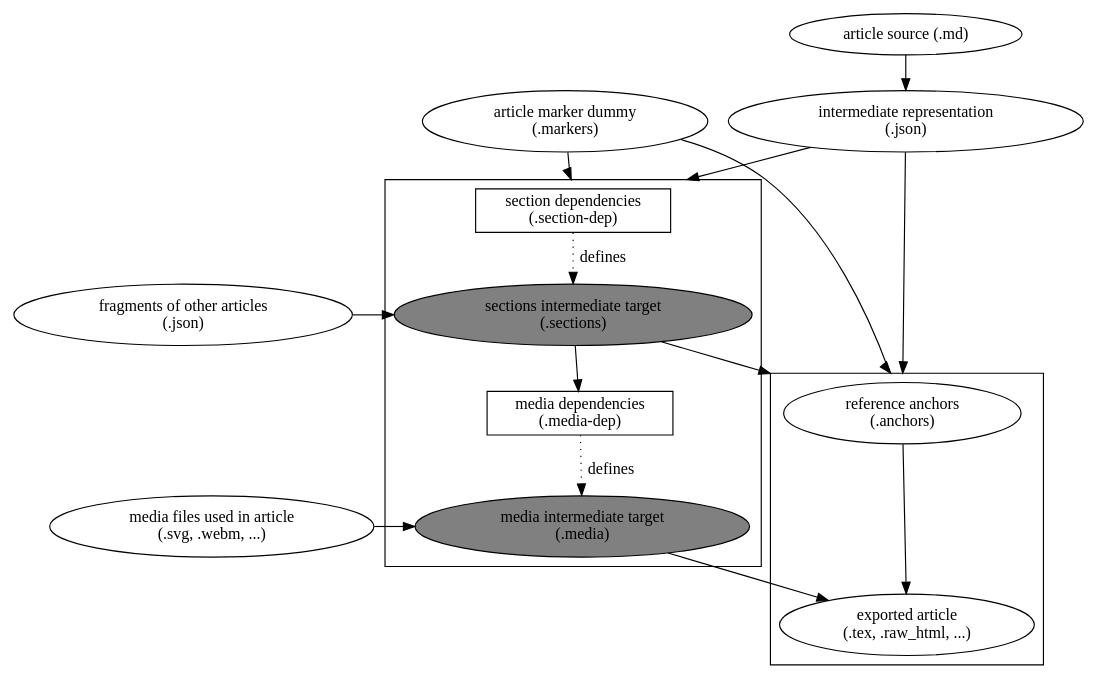
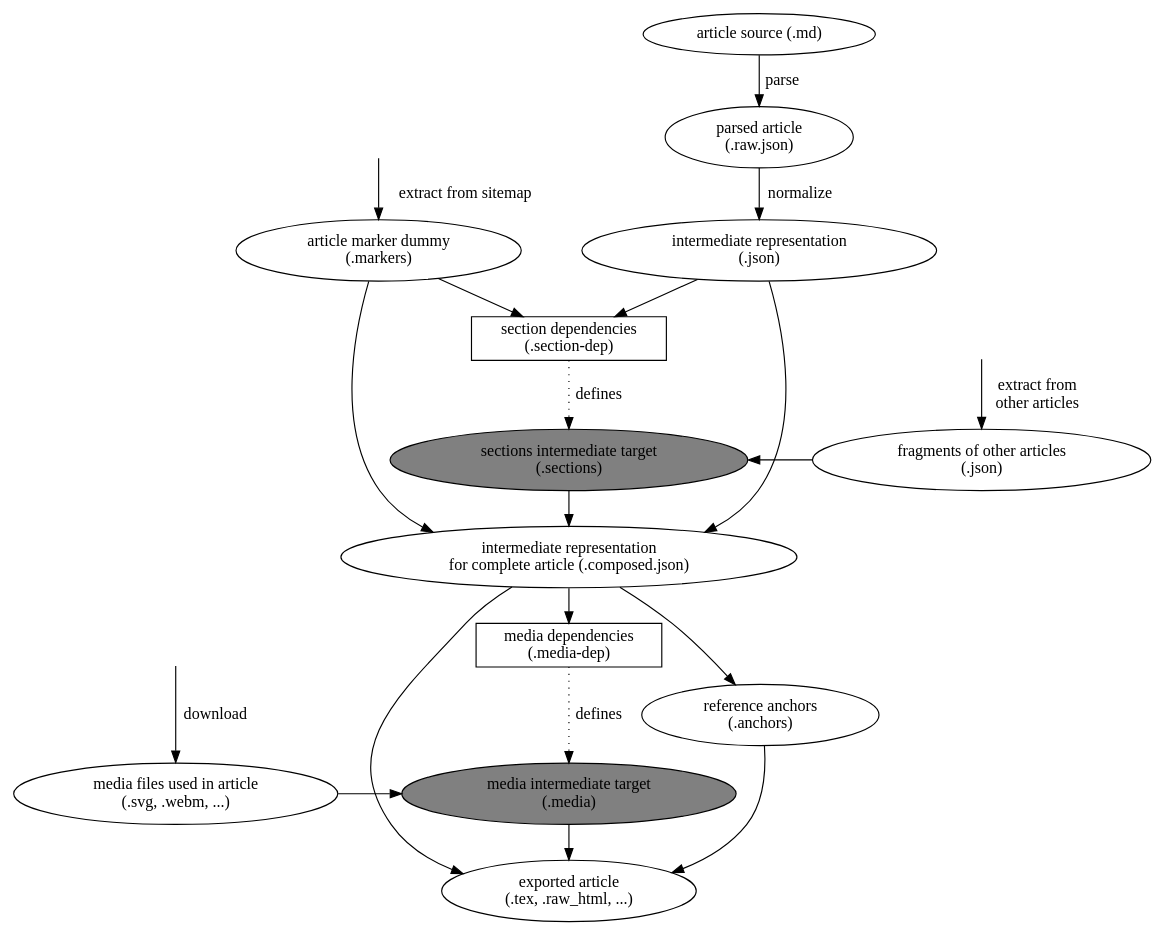
Before and after one commit to serlo/serlo-export: the diagram in doc/dot/article_deps.dot, drawn with Graphviz. The commit also changed 6 other files, not shown here.

```diff
--- a/doc/dot/article_deps.dot
+++ b/doc/dot/article_deps.dot
@@ -1,42 +1,58 @@
 digraph article_dependencies {
-    compound=true;
     // enable new ranking algorithm
     newrank=true;
     ranksep=.4;
+ 
+    pre_media [style=invis];
     the_media [label="media files used in article\n(.svg, .webm, ...)"];
-    the_sections [label="fragments of other articles\n(.json)"];
-    md [label="article source (.md)"];
-    json [label="intermediate representation\n(.json)"];
+
+    pre_markers [style=invis];
     markers [label="article marker dummy\n(.markers)"]; 
 
+    pre_sections [style=invis];
+    sections [label="sections intermediate target\n(.sections)", fillcolor=grey, style=filled];
+    section_dep [label="section dependencies\n(.section-dep)", shape=box];
+    the_sections [label="fragments of other articles\n(.json)"];
 
-    subgraph cluster_int { 
-        sections [label="sections intermediate target\n(.sections)", fillcolor=grey, style=filled];
-        section_dep [label="section dependencies\n(.section-dep)", shape=box];
-        media [label="media intermediate target\n(.media)", fillcolor=grey, style=filled];
-        media_dep [label="media dependencies\n(.media-dep)", shape=box];
+    md [label="article source (.md)"];
+    raw_json [label="parsed article\n(.raw.json)"];
+    json [label="intermediate representation\n(.json)"];
+    composed [label="intermediate representation\nfor complete article (.composed.json)"] 
 
-        section_dep -> sections [label="defines", style=dotted];
-        sections -> media_dep;
-        media_dep -> media [label="defines", style=dotted];
-    }
+    pre_markers -> markers [label="extract from sitemap"];
 
-    subgraph cluster_build {
-        anchors [label="reference anchors\n(.anchors)"];
-        result [label="exported article\n(.tex, .raw_html, ...)"];
+    section_dep -> sections [label="defines", style=dotted];
+    json -> section_dep;
+    markers -> section_dep;
+    json -> composed;
+    sections -> composed;
+    markers -> composed;
+    
+    media [label="media intermediate target\n(.media)", fillcolor=grey, style=filled];
+    media_dep [label="media dependencies\n(.media-dep)", shape=box];
 
-        anchors -> result;
-        media -> result;
-    }
+    composed -> media_dep;
+    media_dep -> media [label="defines", style=dotted];
 
+    anchors [label="reference anchors\n(.anchors)"];
+    result [label="exported article\n(.tex, .raw_html, ...)"];
+
+
+    composed -> result;
+    composed -> anchors;
+    anchors -> result;
+    media -> result;
+
+    pre_media -> the_media [label="download"];
+    pre_sections -> the_sections [label="extract from\nother articles"];
     {rank=same; the_media -> media};
-    {rank=same; the_sections -> sections};
+    {rank=same; sections -> the_sections [dir=back]} ;
 
-    md -> json;
-    json -> section_dep [lhead=cluster_int];
-    markers -> section_dep [lhead=cluster_int];
+    md -> raw_json [label="parse"];
+    raw_json -> json [label="normalize"];
+    
 
-    json -> anchors [lhead=cluster_build];
-    markers -> anchors [lhead=cluster_build];
-    sections -> anchors [lhead=cluster_build];
+    //json -> anchors;
+    //markers -> anchors;
+    //sections -> anchors;
 }
```
